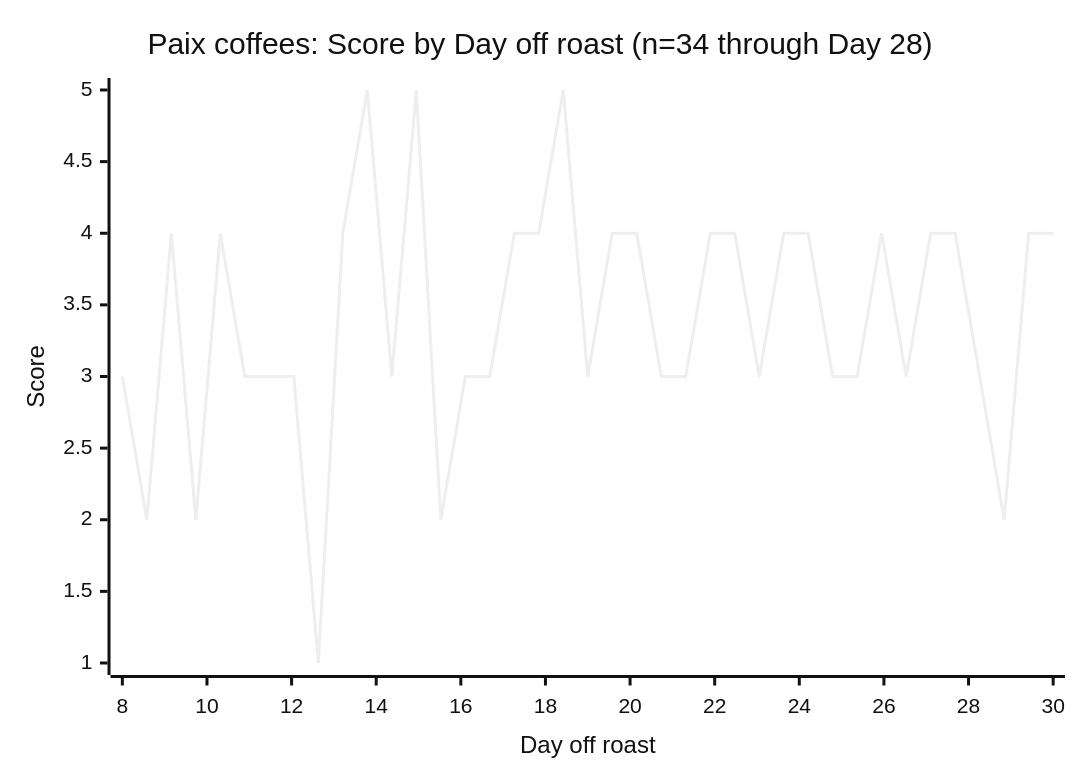
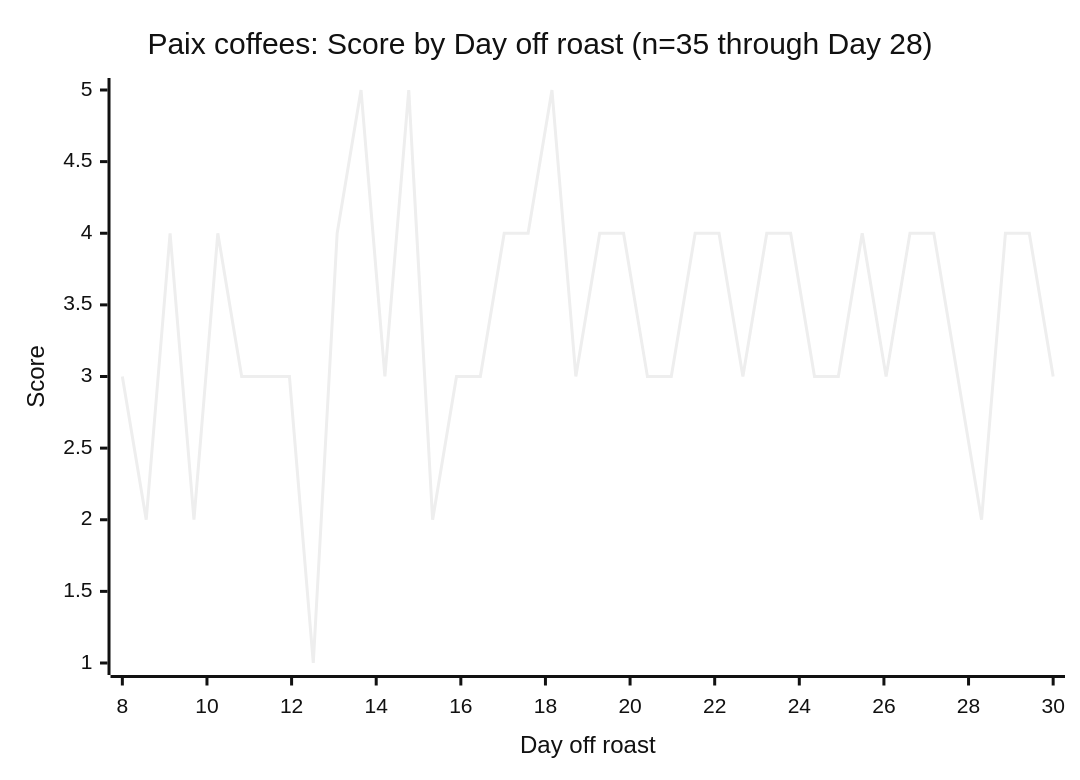
One commit to manuscriptmastr/coffee-journal changed the fifth of 7 diagrams in joshua-martin/profile.md. Above: the diagram before and after it, drawn with Mermaid (neutral theme). The commit also changed other lines of this file and 1 other file, not shown here.

Commit message:
Log Paix D25 FS miss; add §9 coarse-edge refinement and per-coffee-slope rule

````diff
--- a/joshua-martin/profile.md
+++ b/joshua-martin/profile.md
@@ -388,7 +392,7 @@
 ```mermaid
 xychart-beta
-    title "Paix coffees: Score by Day off roast (n=34 through Day 28)"
+    title "Paix coffees: Score by Day off roast (n=35 through Day 28)"
     x-axis "Day off roast" 8 --> 30
     y-axis "Score" 1 --> 5
-    line [3, 2, 4, 2, 4, 3, 3, 3, 1, 4, 5, 3, 5, 2, 3, 3, 4, 4, 5, 3, 4, 4, 3, 3, 4, 4, 3, 4, 4, 3, 3, 4, 3, 4, 4, 3, 2, 4, 4]
+    line [3, 2, 4, 2, 4, 3, 3, 3, 1, 4, 5, 3, 5, 2, 3, 3, 4, 4, 5, 3, 4, 4, 3, 3, 4, 4, 3, 4, 4, 3, 3, 4, 3, 4, 4, 3, 2, 4, 4, 3]
 ```
````
